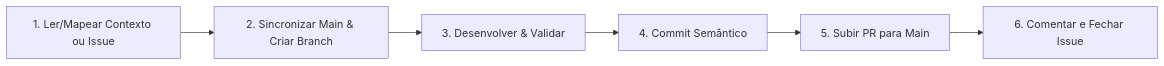
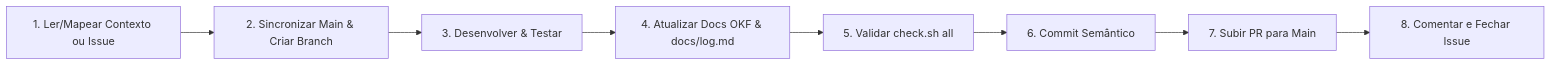
The diagram in .agents/skills/cvmc-workflow/SKILL.md (yurinogueira/CVMC), drawn with Mermaid before and after one commit. The commit also changed other lines of this file and 38 other files, not shown here.

````diff
--- a/.agents/skills/cvmc-workflow/SKILL.md
+++ b/.agents/skills/cvmc-workflow/SKILL.md
@@ -18,8 +19,10 @@
 ```mermaid
 flowchart LR
     A[1. Ler/Mapear Contexto ou Issue] --> B[2. Sincronizar Main & Criar Branch]
-    B --> C[3. Desenvolver & Validar]
-    C --> D[4. Commit Semântico]
-    D --> E[5. Subir PR para Main]
-    E --> F[6. Comentar e Fechar Issue]
+    B --> C[3. Desenvolver & Testar]
+    C --> D[4. Atualizar Docs OKF & docs/log.md]
+    D --> E[5. Validar check.sh all]
+    E --> F[6. Commit Semântico]
+    F --> G[7. Subir PR para Main]
+    G --> H[8. Comentar e Fechar Issue]
 ```
````
